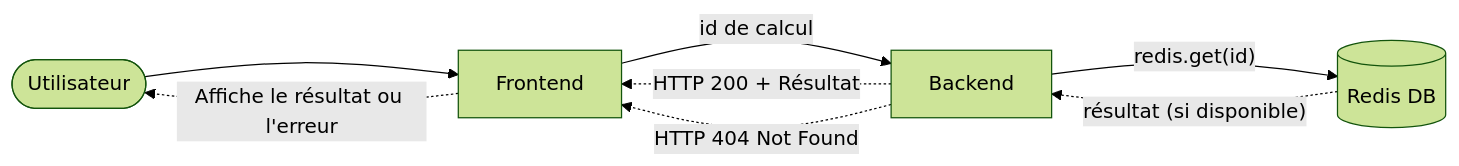
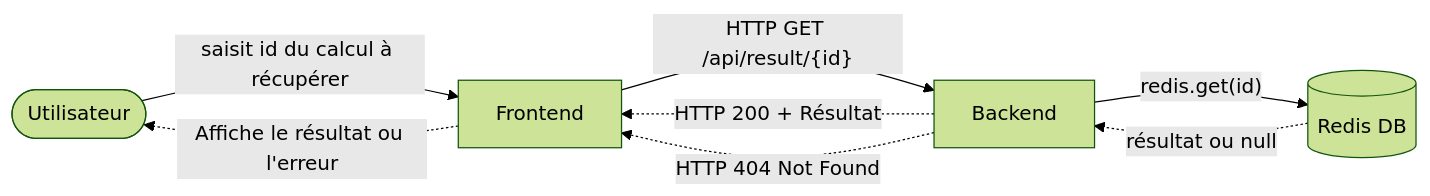
Before and after one commit to JeromeMSD/module_virtualisation-et-cloud-computing: the fifth of 5 diagrams in projet.md, drawn with Mermaid (forest theme). The commit also changed other lines of this file, not shown here.

Commit message:
add: mermaid examples

````diff
--- a/projet.md
+++ b/projet.md
@@ -311,10 +316,10 @@
 ```mermaid
 graph LR
-    user([Utilisateur]) --> F[Frontend]
-    F -->|id de calcul| B[Backend]
+    user([Utilisateur]) -->|saisit id du calcul à récupérer| F[Frontend]
+    F -->|"HTTP GET /api/result/{id}"| B[Backend]
     B -->|"redis.get(id)"| R[(Redis DB)]
-    R -.->|"résultat (si disponible)"| B
+    R -.->|"résultat ou null"| B
     B -.->|HTTP 200 + Résultat| F
     B -.->|HTTP 404 Not Found| F
     F -.->|Affiche le résultat ou l'erreur| user
 ```
````
